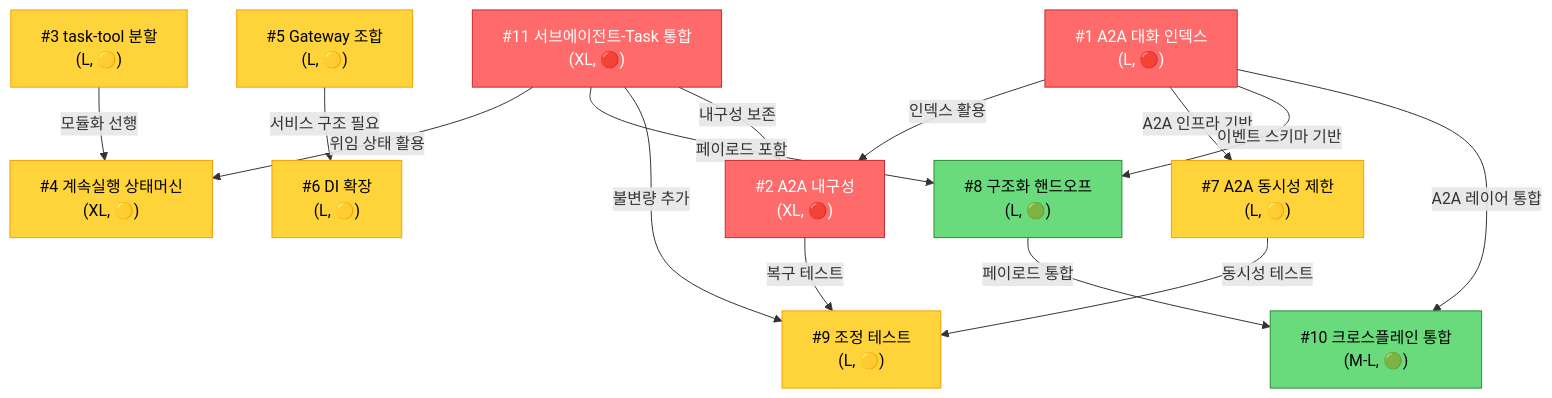
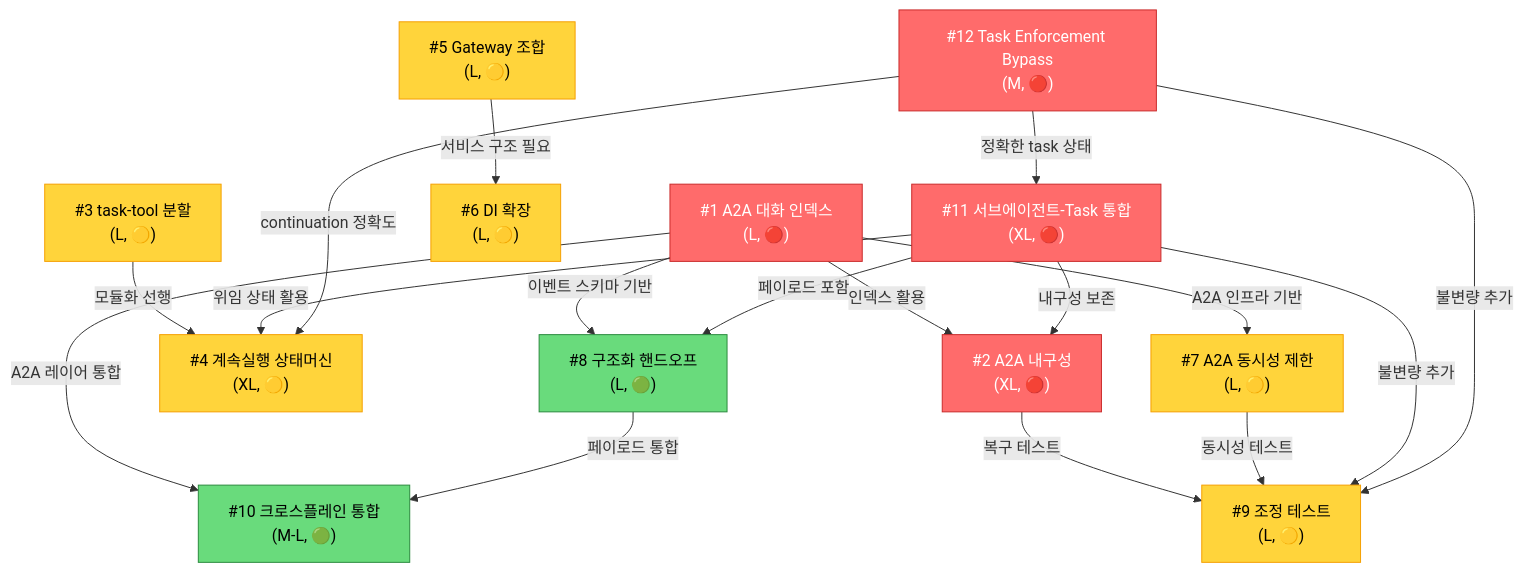
One commit to Pronto-Lab/prontoclaw changed the first of 4 diagrams in prontolab/custom/improvements/ARCHITECTURE-IMPROVEMENTS.md. Above: the diagram before and after it, drawn with Mermaid. The commit also changed other lines of this file and 1 other file, not shown here.

Commit message:
docs: add #12 task-enforcement-bypass to index and README

````diff
--- a/prontolab/custom/improvements/ARCHITECTURE-IMPROVEMENTS.md
+++ b/prontolab/custom/improvements/ARCHITECTURE-IMPROVEMENTS.md
@@ -46,36 +47,40 @@
 ```mermaid
 graph TD
     I1["#1 A2A 대화 인덱스<br/>(L, 🔴)"]
     I2["#2 A2A 내구성<br/>(XL, 🔴)"]
     I3["#3 task-tool 분할<br/>(L, 🟡)"]
     I4["#4 계속실행 상태머신<br/>(XL, 🟡)"]
     I5["#5 Gateway 조합<br/>(L, 🟡)"]
     I6["#6 DI 확장<br/>(L, 🟡)"]
     I7["#7 A2A 동시성 제한<br/>(L, 🟡)"]
     I8["#8 구조화 핸드오프<br/>(L, 🟢)"]
     I9["#9 조정 테스트<br/>(L, 🟡)"]
     I10["#10 크로스플레인 통합<br/>(M-L, 🟢)"]
     I11["#11 서브에이전트-Task 통합<br/>(XL, 🔴)"]
+    I12["#12 Task Enforcement Bypass<br/>(M, 🔴)"]
 
     I1 -->|"인덱스 활용"| I2
     I5 -->|"서비스 구조 필요"| I6
     I3 -->|"모듈화 선행"| I4
     I1 -->|"A2A 인프라 기반"| I7
     I1 -->|"이벤트 스키마 기반"| I8
     I2 -->|"복구 테스트"| I9
     I7 -->|"동시성 테스트"| I9
     I1 -->|"A2A 레이어 통합"| I10
     I8 -->|"페이로드 통합"| I10
     I11 -->|"위임 상태 활용"| I4
     I11 -->|"페이로드 포함"| I8
     I11 -->|"불변량 추가"| I9
     I11 -->|"내구성 보존"| I2
+    I12 -->|"정확한 task 상태"| I11
+    I12 -->|"불변량 추가"| I9
+    I12 -->|"continuation 정확도"| I4
 
     classDef high fill:#ff6b6b,stroke:#c92a2a,color:#fff
     classDef medium fill:#ffd43b,stroke:#f59f00,color:#000
     classDef low fill:#69db7c,stroke:#2b8a3e,color:#000
 
-    class I1,I2,I11 high
+    class I1,I2,I11,I12 high
     class I3,I4,I5,I6,I7,I9 medium
     class I8,I10 low
 ```
````
